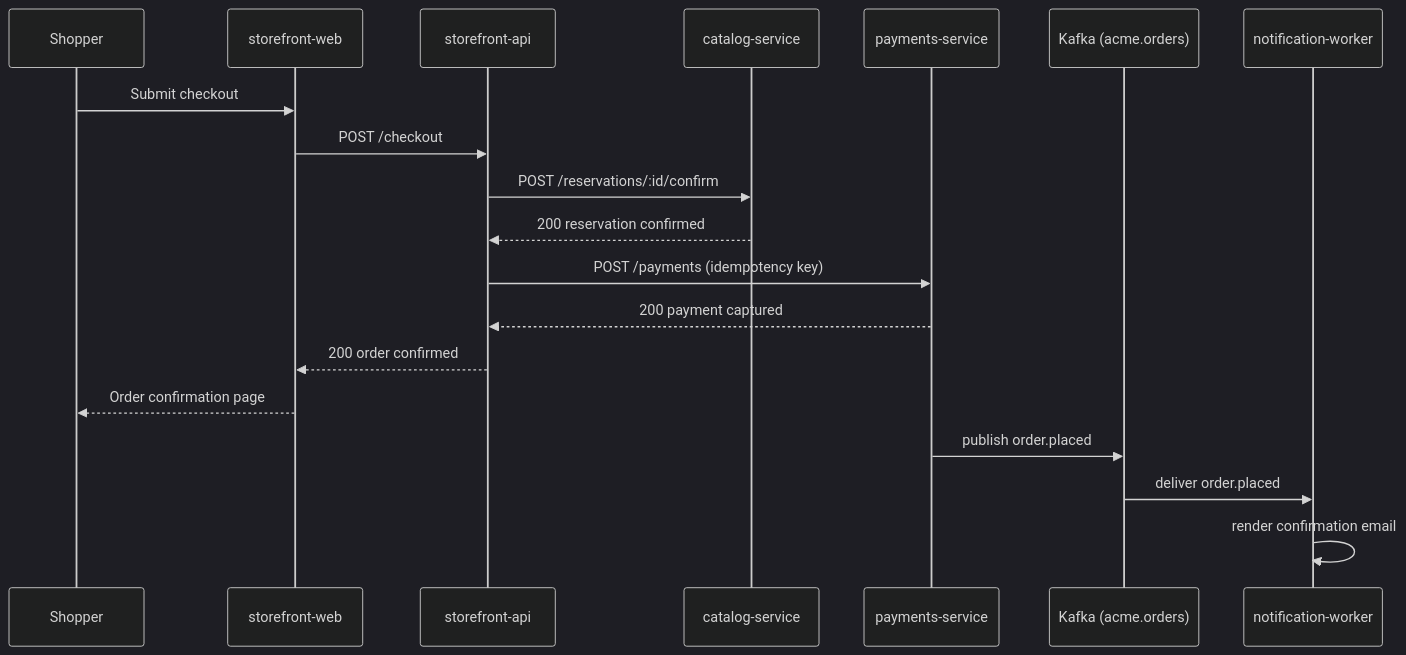
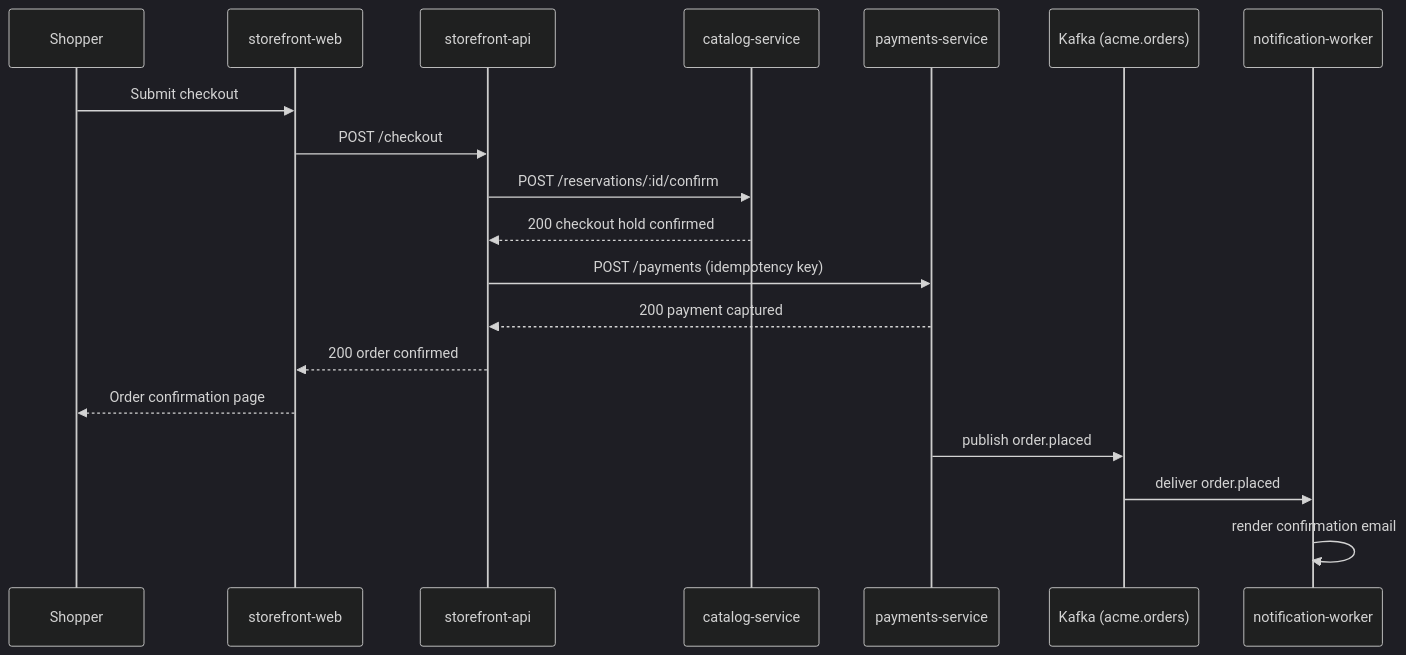
The second of 2 diagrams in design/process/README.md (kieranpotts/design), drawn with Mermaid (dark theme) before and after one commit. The commit also changed 4 other files, not shown here.

````diff
--- a/design/process/README.md
+++ b/design/process/README.md
@@ -99,22 +99,22 @@
 ```mermaid
 sequenceDiagram
     participant Shopper
     participant Web as storefront-web
     participant API as storefront-api
     participant Catalog as catalog-service
     participant Payments as payments-service
     participant Bus as Kafka (acme.orders)
     participant Notify as notification-worker
 
     Shopper->>Web: Submit checkout
     Web->>API: POST /checkout
     API->>Catalog: POST /reservations/:id/confirm
-    Catalog-->>API: 200 reservation confirmed
+    Catalog-->>API: 200 checkout hold confirmed
     API->>Payments: POST /payments (idempotency key)
     Payments-->>API: 200 payment captured
     API-->>Web: 200 order confirmed
     Web-->>Shopper: Order confirmation page
     Payments->>Bus: publish order.placed
     Bus->>Notify: deliver order.placed
     Notify->>Notify: render confirmation email
 ```
````
